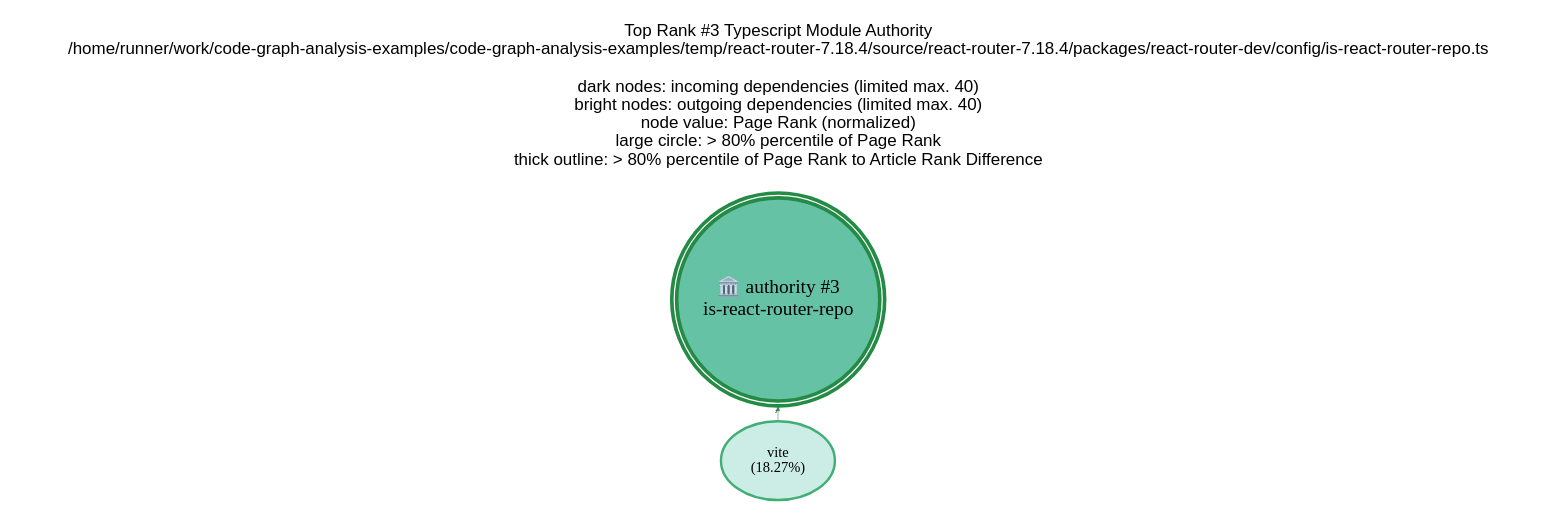
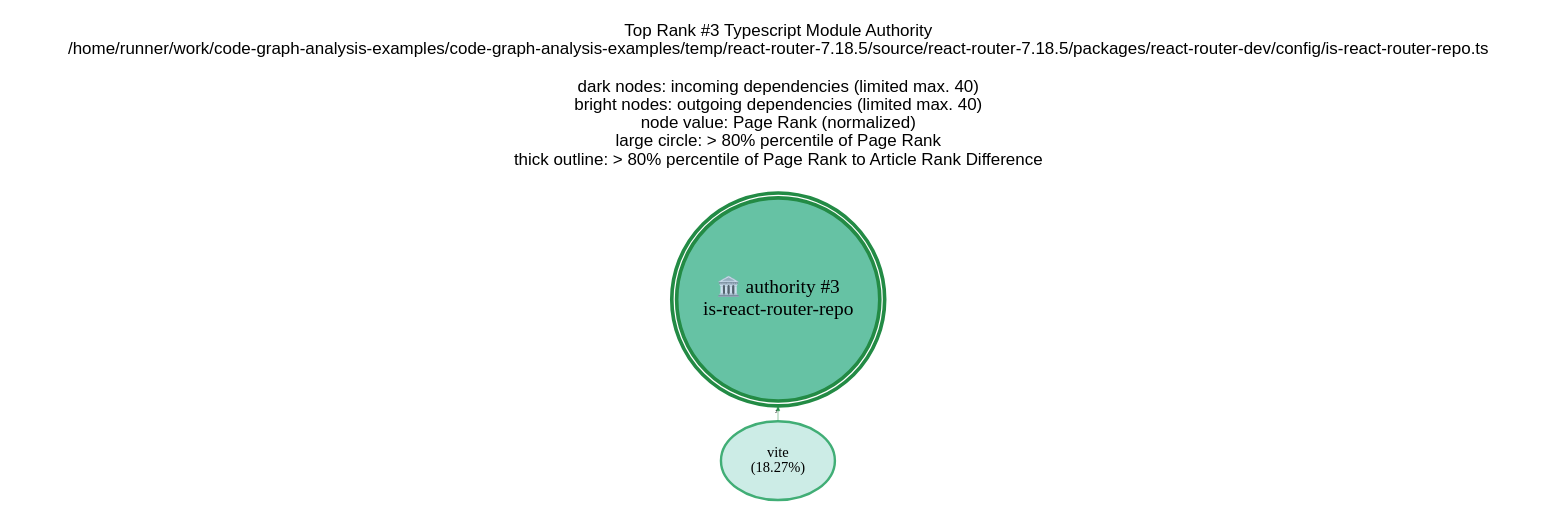
Before and after one commit to JohT/code-graph-analysis-examples: the diagram in analysis-results/react-router/latest/archetypes/Typescript_Module/GraphVisualizations/graphviz/TopAuthority3.gv, drawn with Graphviz. The commit also changed 553 other files, not shown here.

Commit message:
Automated code structure analysis results (CI)

```diff
--- a/analysis-results/react-router/latest/archetypes/Typescript_Module/GraphVisualizations/graphviz/TopAuthority3.gv
+++ b/analysis-results/react-router/latest/archetypes/Typescript_Module/GraphVisualizations/graphviz/TopAuthority3.gv
@@ -1,18 +1,18 @@
 // This GraphViz dot file was generated by the script convertQueryResultCsvToGraphVizDotFile.sh with TopCentral.template
 
 strict digraph TopAuthority3 {
     graph [layout = "fdp"; start = "7"; splines = "spline"; pad = "0.8,0.1"; outputorder = "edgesfirst";];
     graph [fontname = "Helvetica,Arial,sans-serif"; labelloc = "t";];
     node [colorscheme = "bugn9"; color = 6; fillcolor = 3;];
     edge [colorscheme = "bugn9"; color = 7;];
     node [fontsize = 12; style = "filled"; margin = "0.03,0.03"; width="1.3"; height="0.9";];
     edge [fontsize = 4; arrowsize = "0.4";];
 
     central [shape = "doublecircle"; height = "2.0"; margin = "0.000001,0.000001";];
     central [fontsize = 16;];
     central [color = 7; fillcolor = 5; penwidth = 3;];
 
-	graph   [label="Top Rank #3 Typescript Module Authority\n/home/runner/work/code-graph-analysis-examples/code-graph-analysis-examples/temp/react-router-7.18.4/source/react-router-7.18.4/packages/react-router-dev/config/is-react-router-repo.ts\n\ndark nodes: incoming dependencies (limited max. 40)\nbright nodes: outgoing dependencies (limited max. 40)\nnode value: Page Rank (normalized)\nlarge circle: > 80% percentile of Page Rank\nthick outline: > 80% percentile of Page Rank to Article Rank Difference\n\n"];
+	graph   [label="Top Rank #3 Typescript Module Authority\n/home/runner/work/code-graph-analysis-examples/code-graph-analysis-examples/temp/react-router-7.18.5/source/react-router-7.18.5/packages/react-router-dev/config/is-react-router-repo.ts\n\ndark nodes: incoming dependencies (limited max. 40)\nbright nodes: outgoing dependencies (limited max. 40)\nnode value: Page Rank (normalized)\nlarge circle: > 80% percentile of Page Rank\nthick outline: > 80% percentile of Page Rank to Article Rank Difference\n\n"];
 	central [label="🏛️ authority #3\nis-react-router-repo"];
 	"vite_14825"  [label = "vite\n(18.27%)"; penwidth = 2; ]; "vite_14825" -> central [label=2; weight=2; penwidth=0.4];
 }
```
